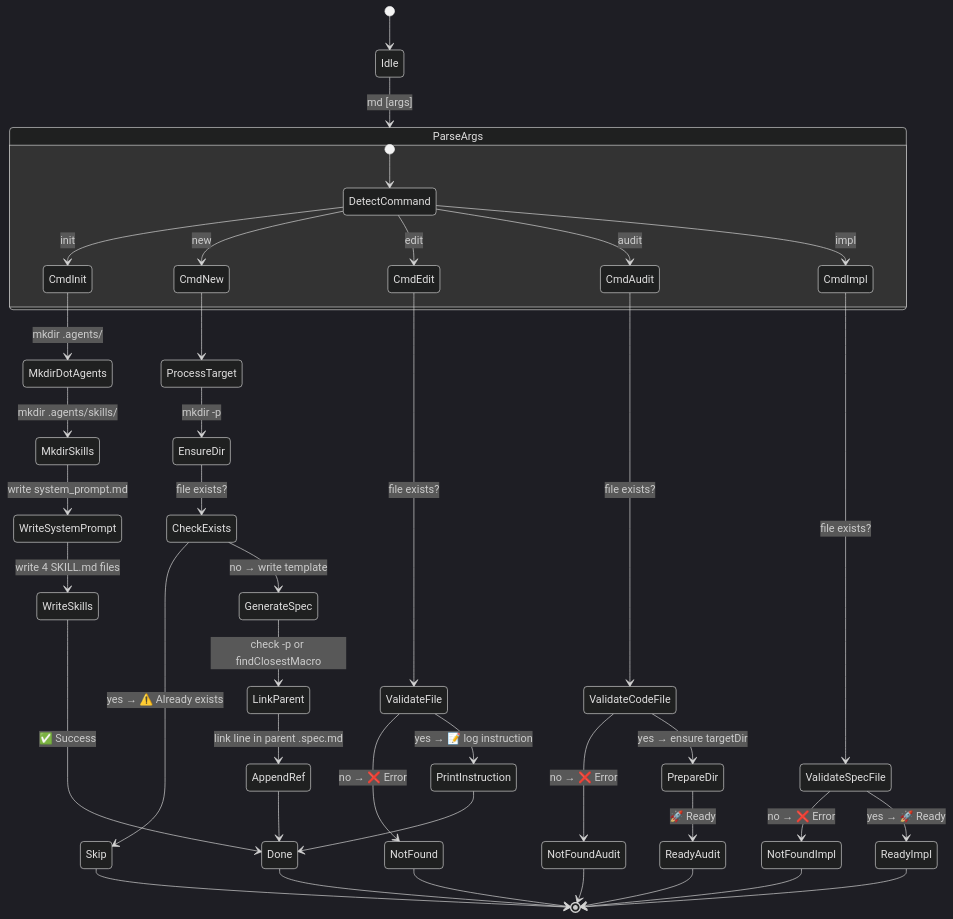
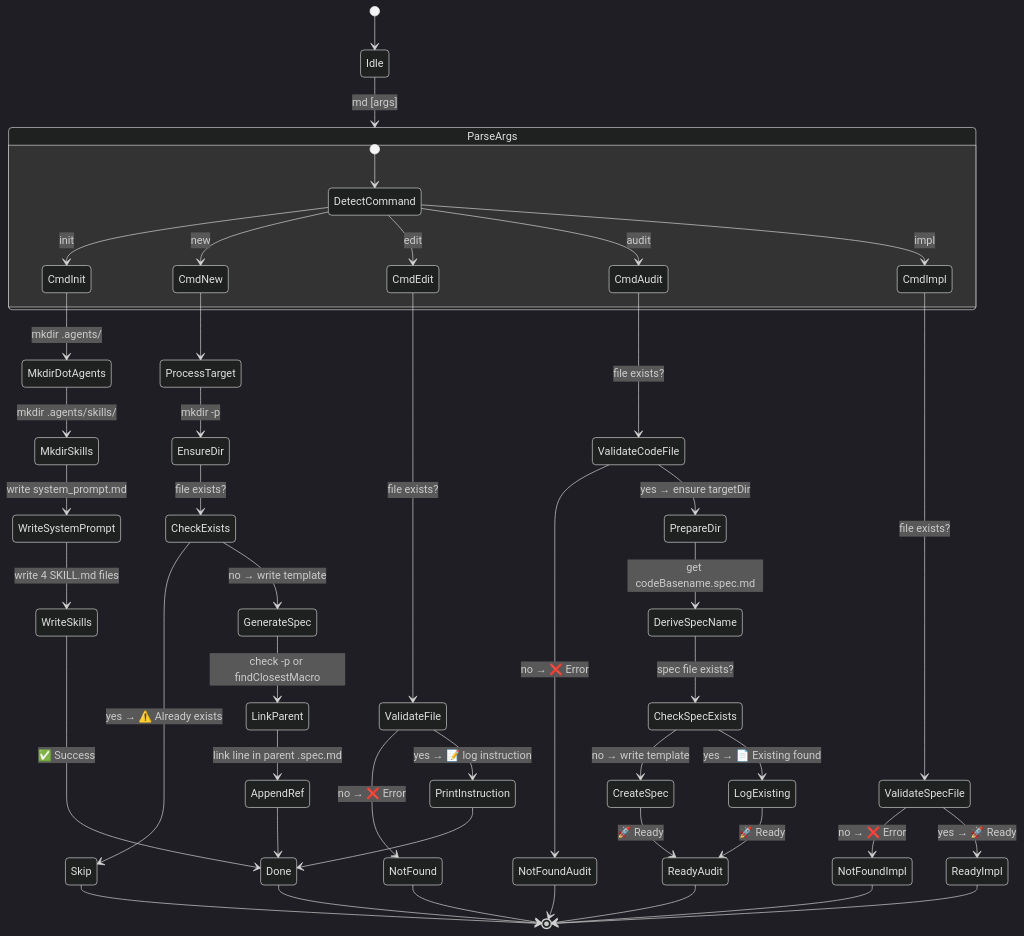
Before and after one commit to JulioCRFilho/mermaid-diagram-driven-development: the first of 2 diagrams in bin/cli.spec.md, drawn with Mermaid (dark theme). The commit also changed other lines of this file and 1 other file, not shown here.

Commit message:
feat: enforce co-located spec file creation and update audit instructions

````diff
--- a/bin/cli.spec.md
+++ b/bin/cli.spec.md
@@ -5,52 +5,57 @@
 ```mermaid
-%% @spec-version v1.2.1
+%% @spec-version v1.3.0
 stateDiagram-v2
     [*] --> Idle
     Idle --> ParseArgs: md <command> [args]
 
     state ParseArgs {
         [*] --> DetectCommand
         DetectCommand --> CmdInit: init
         DetectCommand --> CmdNew: new <path>
         DetectCommand --> CmdEdit: edit <file> <instruction...>
         DetectCommand --> CmdAudit: audit <file>
         DetectCommand --> CmdImpl: impl <file>
     }
 
     CmdInit --> MkdirDotAgents: mkdir .agents/
     MkdirDotAgents --> MkdirSkills: mkdir .agents/skills/
     MkdirSkills --> WriteSystemPrompt: write system_prompt.md
     WriteSystemPrompt --> WriteSkills: write 4 SKILL.md files
     WriteSkills --> Done: ✅ Success
 
     CmdNew --> ProcessTarget
     ProcessTarget --> EnsureDir: mkdir -p <targetPath>
     EnsureDir --> CheckExists: file exists?
     CheckExists --> Skip: yes → ⚠️ Already exists
     CheckExists --> GenerateSpec: no → write template
     GenerateSpec --> LinkParent: check -p or findClosestMacro
     LinkParent --> AppendRef: link line in parent .spec.md
     AppendRef --> Done
 
     CmdEdit --> ValidateFile: file exists?
     ValidateFile --> NotFound: no → ❌ Error
     ValidateFile --> PrintInstruction: yes → 📝 log instruction
     PrintInstruction --> Done
 
     CmdAudit --> ValidateCodeFile: file exists?
     ValidateCodeFile --> NotFoundAudit: no → ❌ Error
     ValidateCodeFile --> PrepareDir: yes → ensure targetDir
-    PrepareDir --> ReadyAudit: 🚀 Ready
+    PrepareDir --> DeriveSpecName: get codeBasename.spec.md
+    DeriveSpecName --> CheckSpecExists: spec file exists?
+    CheckSpecExists --> CreateSpec: no → write template
+    CheckSpecExists --> LogExisting: yes → 📄 Existing found
+    CreateSpec --> ReadyAudit: 🚀 Ready
+    LogExisting --> ReadyAudit: 🚀 Ready
 
     CmdImpl --> ValidateSpecFile: file exists?
     ValidateSpecFile --> NotFoundImpl: no → ❌ Error
     ValidateSpecFile --> ReadyImpl: yes → 🚀 Ready
 
     Done --> [*]
     Skip --> [*]
     NotFound --> [*]
     NotFoundAudit --> [*]
     NotFoundImpl --> [*]
     ReadyAudit --> [*]
     ReadyImpl --> [*]
 ```
````
